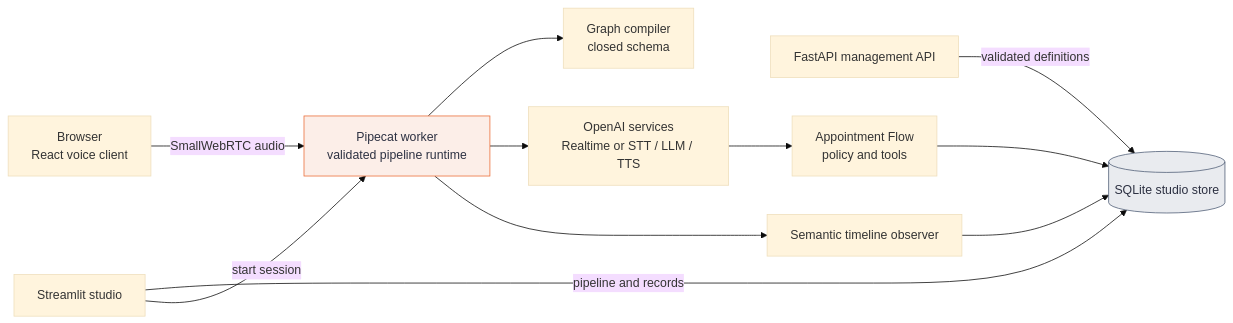
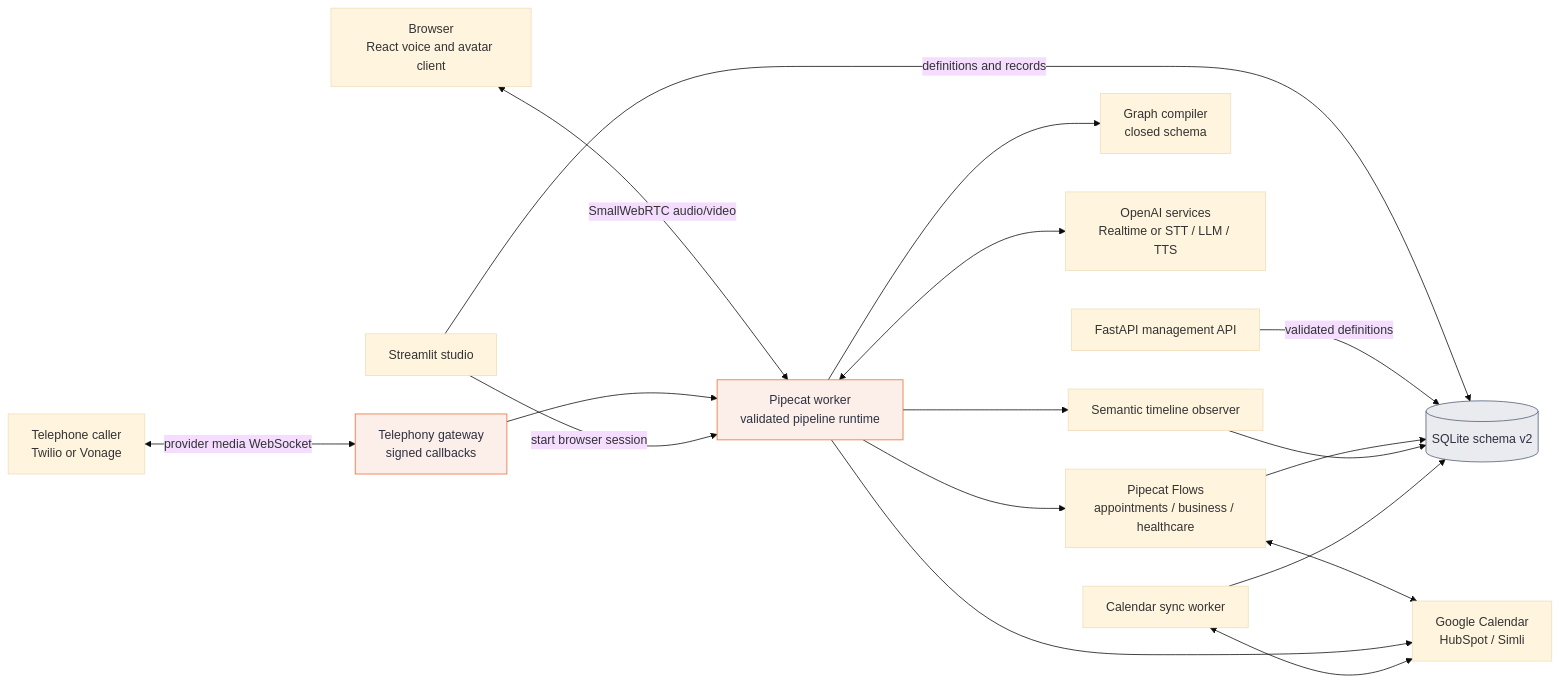
Before and after one commit to pypi-ahmad/pipecat-voice-studio: the diagram in docs/diagrams/system-architecture.mmd, drawn with Mermaid (base theme). The commit also changed 54 other files, not shown here.

Commit message:
feat: add production voice provider integrations

```diff
--- a/docs/diagrams/system-architecture.mmd
+++ b/docs/diagrams/system-architecture.mmd
@@ -1,26 +1,36 @@
 flowchart LR
-    browser["Browser<br/>React voice client"]
+    browser["Browser<br/>React voice and avatar client"]
+    phone["Telephone caller<br/>Twilio or Vonage"]
     studio["Streamlit studio"]
     api["FastAPI management API"]
+    gateway["Telephony gateway<br/>signed callbacks"]
     worker["Pipecat worker<br/>validated pipeline runtime"]
     graphmod["Graph compiler<br/>closed schema"]
     models["OpenAI services<br/>Realtime or STT / LLM / TTS"]
-    flow["Appointment Flow<br/>policy and tools"]
+    flows["Pipecat Flows<br/>appointments / business / healthcare"]
+    providers["Google Calendar<br/>HubSpot / Simli"]
+    sync["Calendar sync worker"]
     timeline["Semantic timeline observer"]
-    db[("SQLite studio store")]
+    db[("SQLite schema v2")]
 
-    browser -->|SmallWebRTC audio| worker
-    studio -->|pipeline and records| db
-    studio -->|start session| worker
+    browser <-->|SmallWebRTC audio/video| worker
+    phone <-->|provider media WebSocket| gateway
+    gateway --> worker
+    studio -->|definitions and records| db
+    studio -->|start browser session| worker
     api -->|validated definitions| db
     worker --> graphmod
-    worker --> models
-    models --> flow
-    flow --> db
+    worker <--> models
+    worker --> flows
+    flows <--> providers
+    worker --> providers
+    flows --> db
     worker --> timeline
     timeline --> db
+    sync <--> providers
+    sync --> db
 
     classDef focal fill:#fceee8,stroke:#eb6c36,color:#2d3142
     classDef store fill:#e9ebef,stroke:#4f5d75,color:#2d3142
-    class worker focal
+    class worker,gateway focal
     class db store
```
